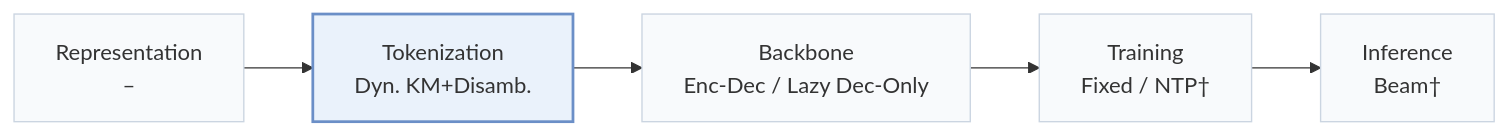
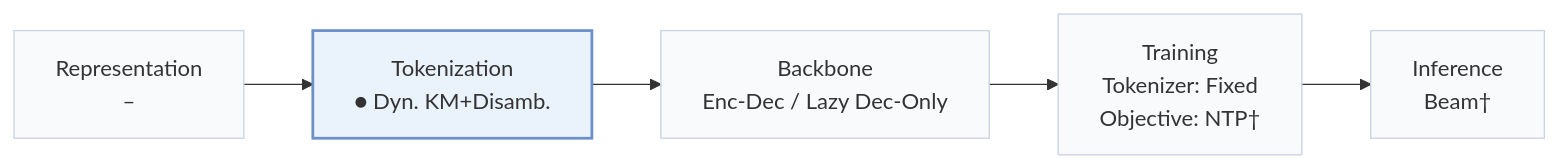
One commit to Galaxy-ghost/Awesome-SID-Generative-Rec changed the first of 2 diagrams in pages/papers/dynamic-single-codebook.md. Above: the diagram before and after it, drawn with Mermaid. The commit also changed other lines of this file and 558 other files, not shown here.

````diff
--- a/pages/papers/dynamic-single-codebook.md
+++ b/pages/papers/dynamic-single-codebook.md
@@ -15,8 +19,8 @@
 ```mermaid
 flowchart LR
-    R["Representation<br/>–"] --> T["Tokenization<br/>Dyn. KM+Disamb."] --> B["Backbone<br/>Enc-Dec / Lazy Dec-Only"] --> TR["Training<br/>Fixed / NTP†"] --> I["Inference<br/>Beam†"]
+    R["Representation<br/>–"] --> T["Tokenization<br/>● Dyn. KM+Disamb."] --> B["Backbone<br/>Enc-Dec / Lazy Dec-Only"] --> TR["Training<br/>Tokenizer: Fixed<br/>Objective: NTP†"] --> I["Inference<br/>Beam†"]
     classDef base fill:#f8fafc,stroke:#cbd5e1
     class R,T,B,TR,I base
     classDef main fill:#eaf2fb,stroke:#6b8fc7,stroke-width:2px
     class T main
 ```
````
